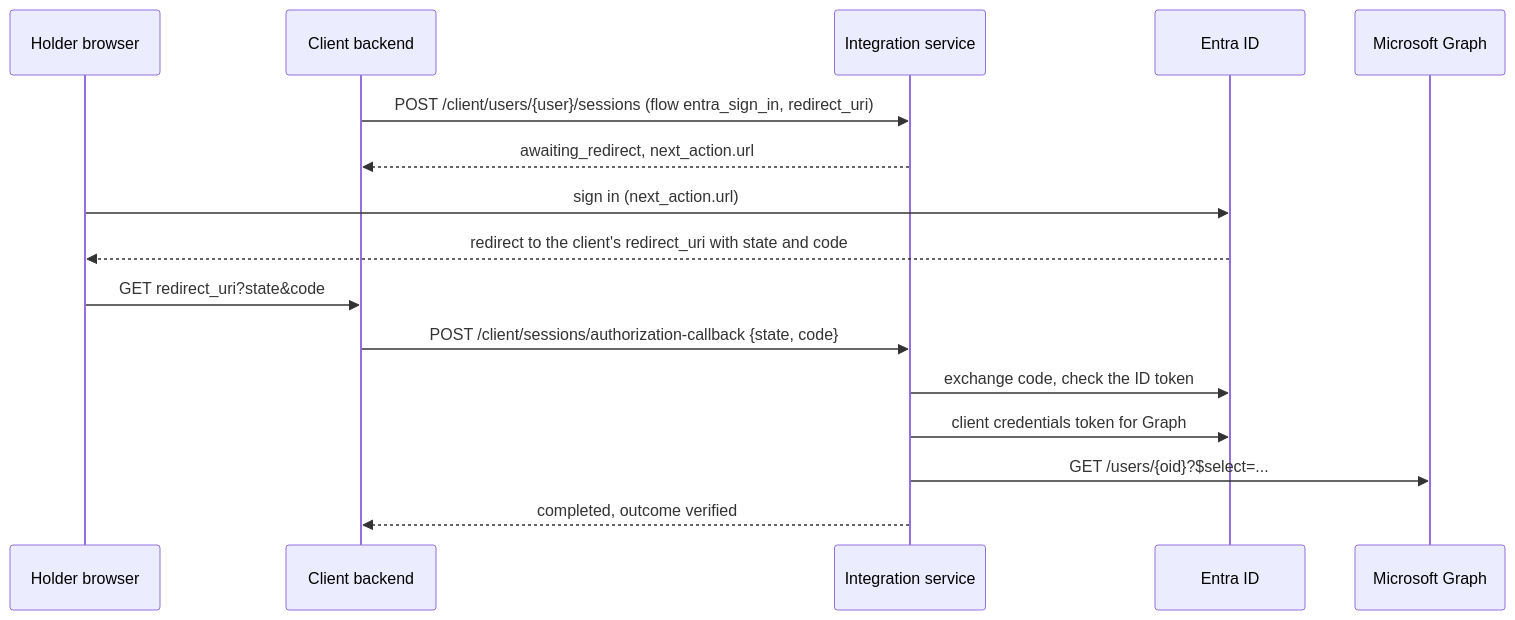
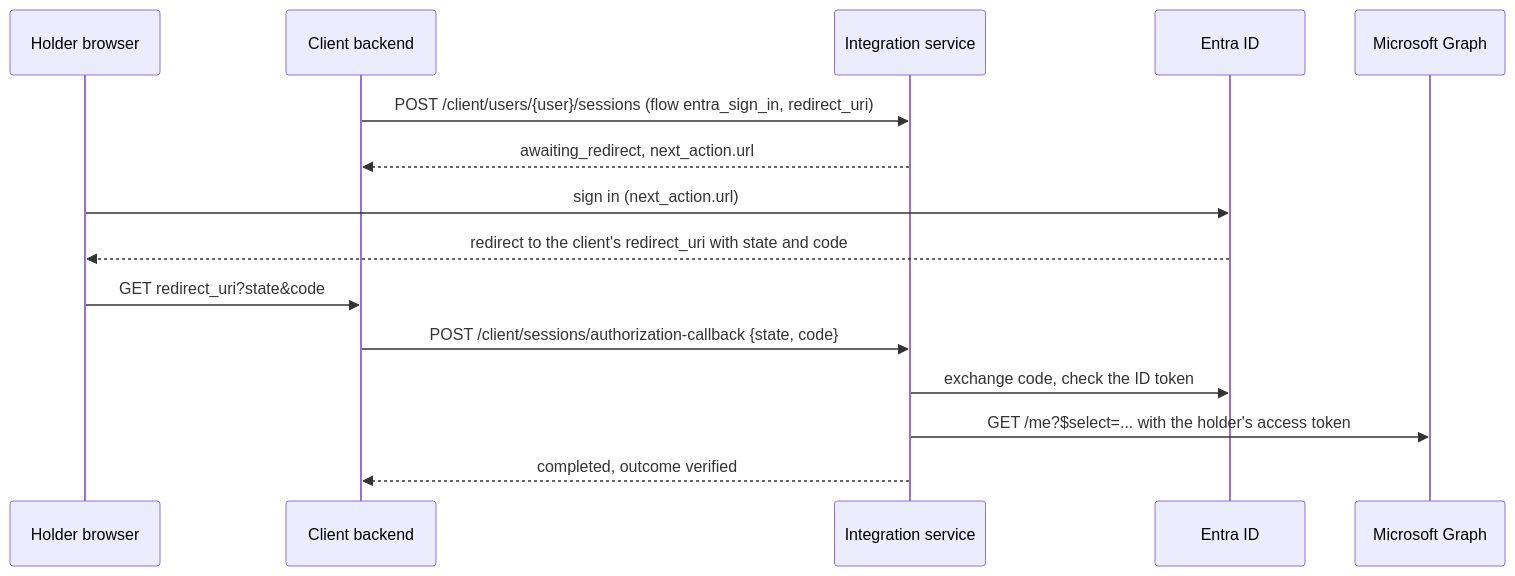
One commit to Manilvc/everycred-integration-service changed the diagram in docs/integrations/microsoft-entra-id.md. Above: the diagram before and after it, drawn with Mermaid. The commit also changed other lines of this file and 11 other files, not shown here.

First line of the commit message:
Let sign-in flow steps call the provider as the signed-in user

````diff
--- a/docs/integrations/microsoft-entra-id.md
+++ b/docs/integrations/microsoft-entra-id.md
@@ -18,18 +22,17 @@
 ```mermaid
 sequenceDiagram
     participant H as Holder browser
     participant B as Client backend
     participant I as Integration service
     participant E as Entra ID
     participant G as Microsoft Graph
     B->>I: POST /client/users/{user}/sessions (flow entra_sign_in, redirect_uri)
     I-->>B: awaiting_redirect, next_action.url
     H->>E: sign in (next_action.url)
     E-->>H: redirect to the client's redirect_uri with state and code
     H->>B: GET redirect_uri?state&code
     B->>I: POST /client/sessions/authorization-callback {state, code}
     I->>E: exchange code, check the ID token
-    I->>E: client credentials token for Graph
-    I->>G: GET /users/{oid}?$select=...
+    I->>G: GET /me?$select=... with the holder's access token
     I-->>B: completed, outcome verified
 ```
````
